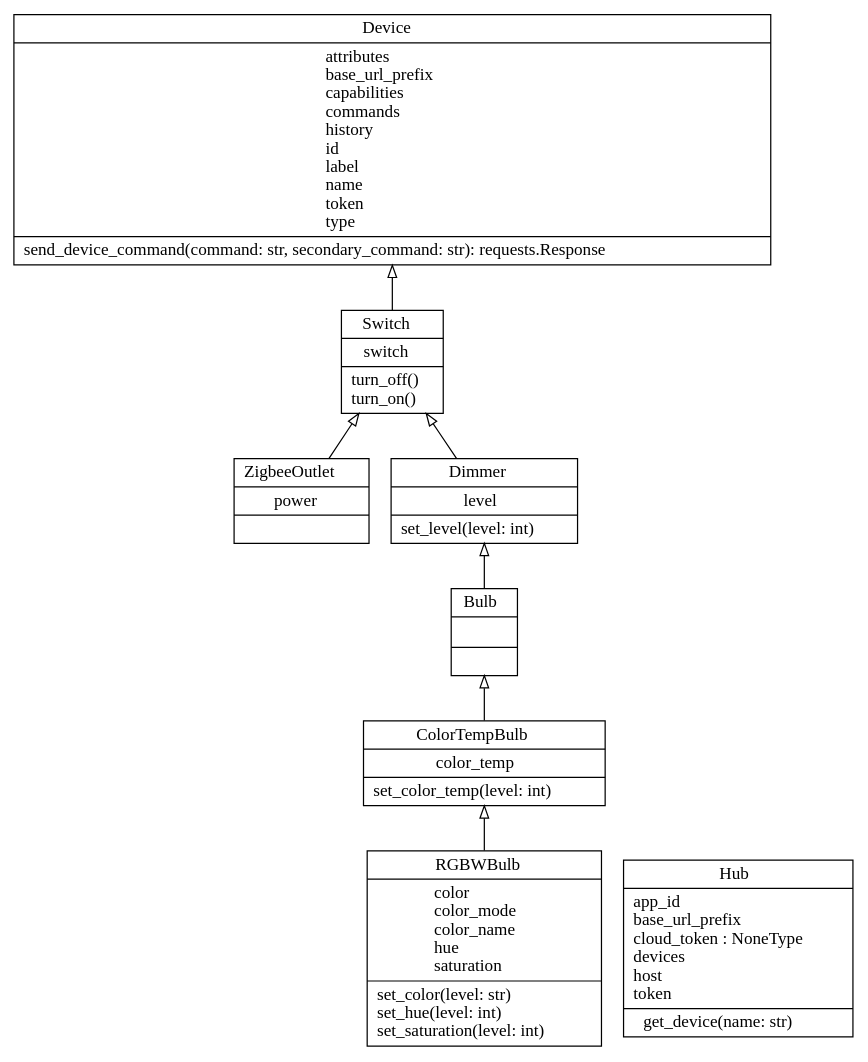
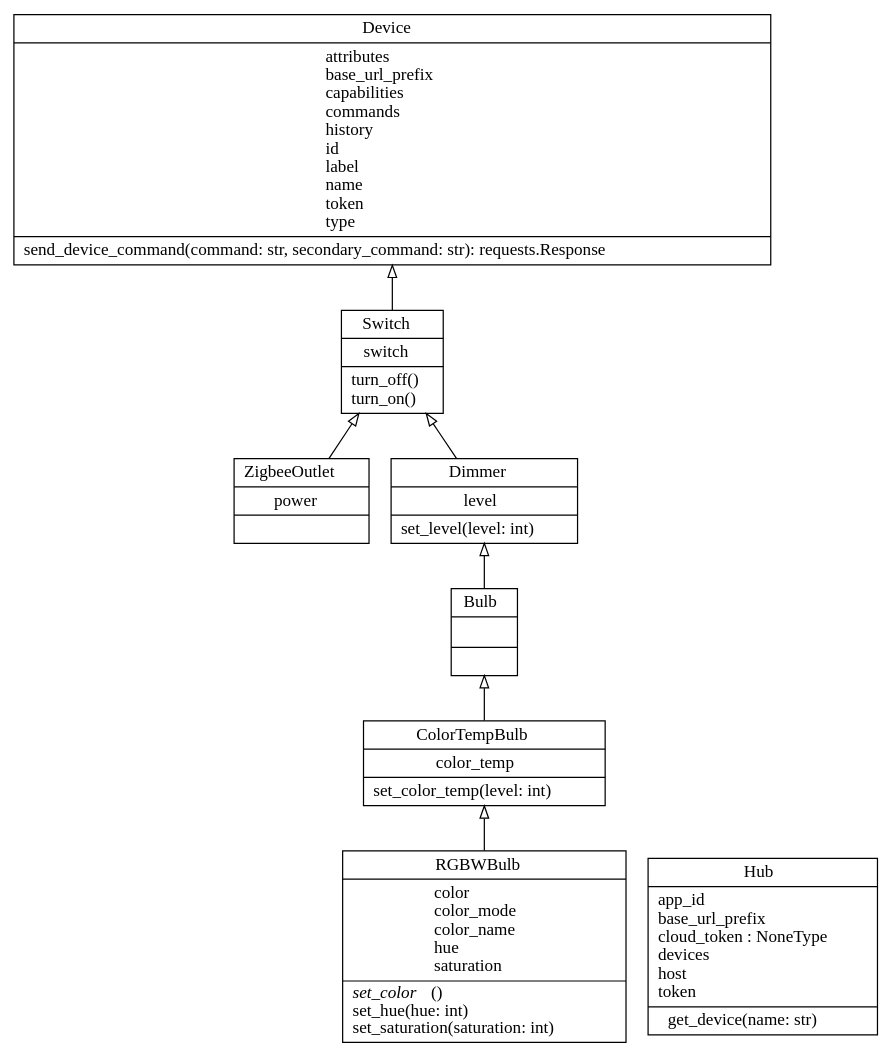
Before and after one commit to Jelloeater/hubitatcontrol: the diagram in docs/classes.dot, drawn with Graphviz. The commit also changed 2 other files, not shown here.

```diff
--- a/docs/classes.dot
+++ b/docs/classes.dot
@@ -1,18 +1,18 @@
 digraph "classes" {
 rankdir=BT
 charset="utf-8"
 "hubitatcontrol.lights.Bulb" [color="black", fontcolor="black", label=<{Bulb|<br ALIGN="LEFT"/>|}>, shape="record", style="solid"];
 "hubitatcontrol.lights.ColorTempBulb" [color="black", fontcolor="black", label=<{ColorTempBulb|color_temp<br ALIGN="LEFT"/>|set_color_temp(level: int)<br ALIGN="LEFT"/>}>, shape="record", style="solid"];
 "hubitatcontrol.hub.Device" [color="black", fontcolor="black", label=<{Device|attributes<br ALIGN="LEFT"/>base_url_prefix<br ALIGN="LEFT"/>capabilities<br ALIGN="LEFT"/>commands<br ALIGN="LEFT"/>history<br ALIGN="LEFT"/>id<br ALIGN="LEFT"/>label<br ALIGN="LEFT"/>name<br ALIGN="LEFT"/>token<br ALIGN="LEFT"/>type<br ALIGN="LEFT"/>|send_device_command(command: str, secondary_command: str): requests.Response<br ALIGN="LEFT"/>}>, shape="record", style="solid"];
 "hubitatcontrol.lights.Dimmer" [color="black", fontcolor="black", label=<{Dimmer|level<br ALIGN="LEFT"/>|set_level(level: int)<br ALIGN="LEFT"/>}>, shape="record", style="solid"];
 "hubitatcontrol.hub.Hub" [color="black", fontcolor="black", label=<{Hub|app_id<br ALIGN="LEFT"/>base_url_prefix<br ALIGN="LEFT"/>cloud_token : NoneType<br ALIGN="LEFT"/>devices<br ALIGN="LEFT"/>host<br ALIGN="LEFT"/>token<br ALIGN="LEFT"/>|get_device(name: str)<br ALIGN="LEFT"/>}>, shape="record", style="solid"];
-"hubitatcontrol.lights.RGBWBulb" [color="black", fontcolor="black", label=<{RGBWBulb|color<br ALIGN="LEFT"/>color_mode<br ALIGN="LEFT"/>color_name<br ALIGN="LEFT"/>hue<br ALIGN="LEFT"/>saturation<br ALIGN="LEFT"/>|set_color(level: str)<br ALIGN="LEFT"/>set_hue(level: int)<br ALIGN="LEFT"/>set_saturation(level: int)<br ALIGN="LEFT"/>}>, shape="record", style="solid"];
+"hubitatcontrol.lights.RGBWBulb" [color="black", fontcolor="black", label=<{RGBWBulb|color<br ALIGN="LEFT"/>color_mode<br ALIGN="LEFT"/>color_name<br ALIGN="LEFT"/>hue<br ALIGN="LEFT"/>saturation<br ALIGN="LEFT"/>|<I>set_color</I>()<br ALIGN="LEFT"/>set_hue(hue: int)<br ALIGN="LEFT"/>set_saturation(saturation: int)<br ALIGN="LEFT"/>}>, shape="record", style="solid"];
 "hubitatcontrol.generic.Switch" [color="black", fontcolor="black", label=<{Switch|switch<br ALIGN="LEFT"/>|turn_off()<br ALIGN="LEFT"/>turn_on()<br ALIGN="LEFT"/>}>, shape="record", style="solid"];
 "hubitatcontrol.generic.ZigbeeOutlet" [color="black", fontcolor="black", label=<{ZigbeeOutlet|power<br ALIGN="LEFT"/>|}>, shape="record", style="solid"];
 "hubitatcontrol.generic.Switch" -> "hubitatcontrol.hub.Device" [arrowhead="empty", arrowtail="none"];
 "hubitatcontrol.generic.ZigbeeOutlet" -> "hubitatcontrol.generic.Switch" [arrowhead="empty", arrowtail="none"];
 "hubitatcontrol.lights.Bulb" -> "hubitatcontrol.lights.Dimmer" [arrowhead="empty", arrowtail="none"];
 "hubitatcontrol.lights.ColorTempBulb" -> "hubitatcontrol.lights.Bulb" [arrowhead="empty", arrowtail="none"];
 "hubitatcontrol.lights.Dimmer" -> "hubitatcontrol.generic.Switch" [arrowhead="empty", arrowtail="none"];
 "hubitatcontrol.lights.RGBWBulb" -> "hubitatcontrol.lights.ColorTempBulb" [arrowhead="empty", arrowtail="none"];
 }
```
